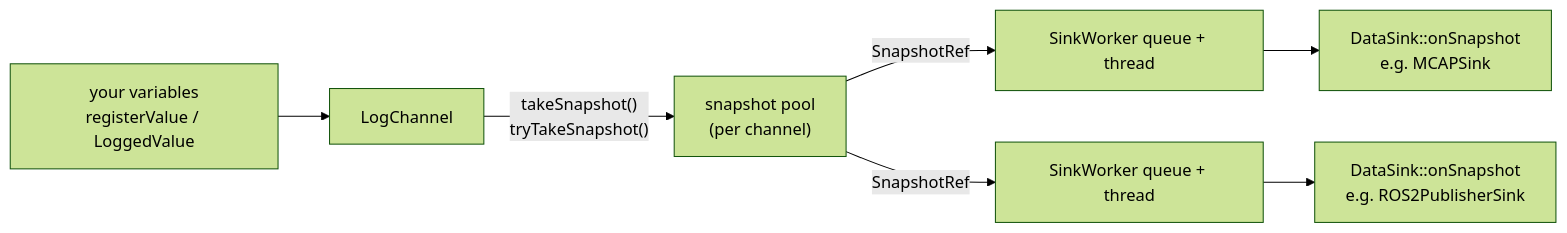
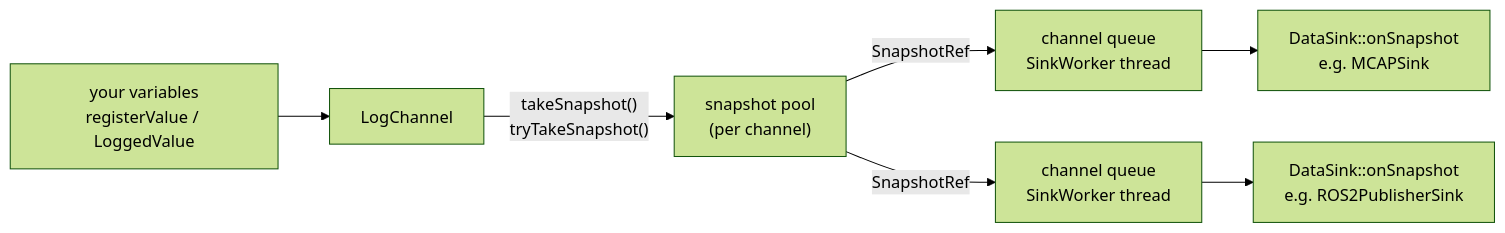
Before and after one commit to facontidavide/data_tamer: the diagram in docs/llm_user_manual.md, drawn with Mermaid (forest theme). The commit also changed other lines of this file and 43 other files, not shown here.

````diff
--- a/docs/llm_user_manual.md
+++ b/docs/llm_user_manual.md
@@ -30,9 +30,9 @@
 ```mermaid
 flowchart LR
   V["your variables<br/>registerValue / LoggedValue"] --> C["LogChannel"]
   C -- "takeSnapshot()<br/>tryTakeSnapshot()" --> P["snapshot pool<br/>(per channel)"]
-  P -- "SnapshotRef" --> Q1["SinkWorker queue + thread"]
-  P -- "SnapshotRef" --> Q2["SinkWorker queue + thread"]
+  P -- "SnapshotRef" --> Q1["channel queue<br/>SinkWorker thread"]
+  P -- "SnapshotRef" --> Q2["channel queue<br/>SinkWorker thread"]
   Q1 --> S1["DataSink::onSnapshot<br/>e.g. MCAPSink"]
   Q2 --> S2["DataSink::onSnapshot<br/>e.g. ROS2PublisherSink"]
 ```
````
